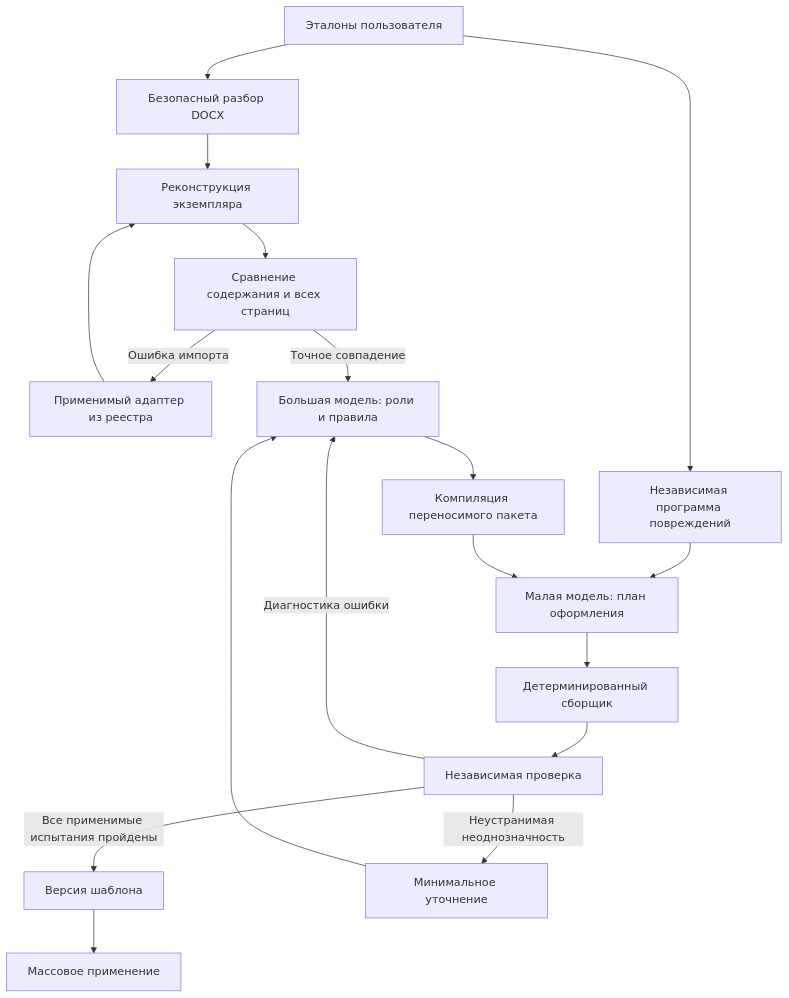
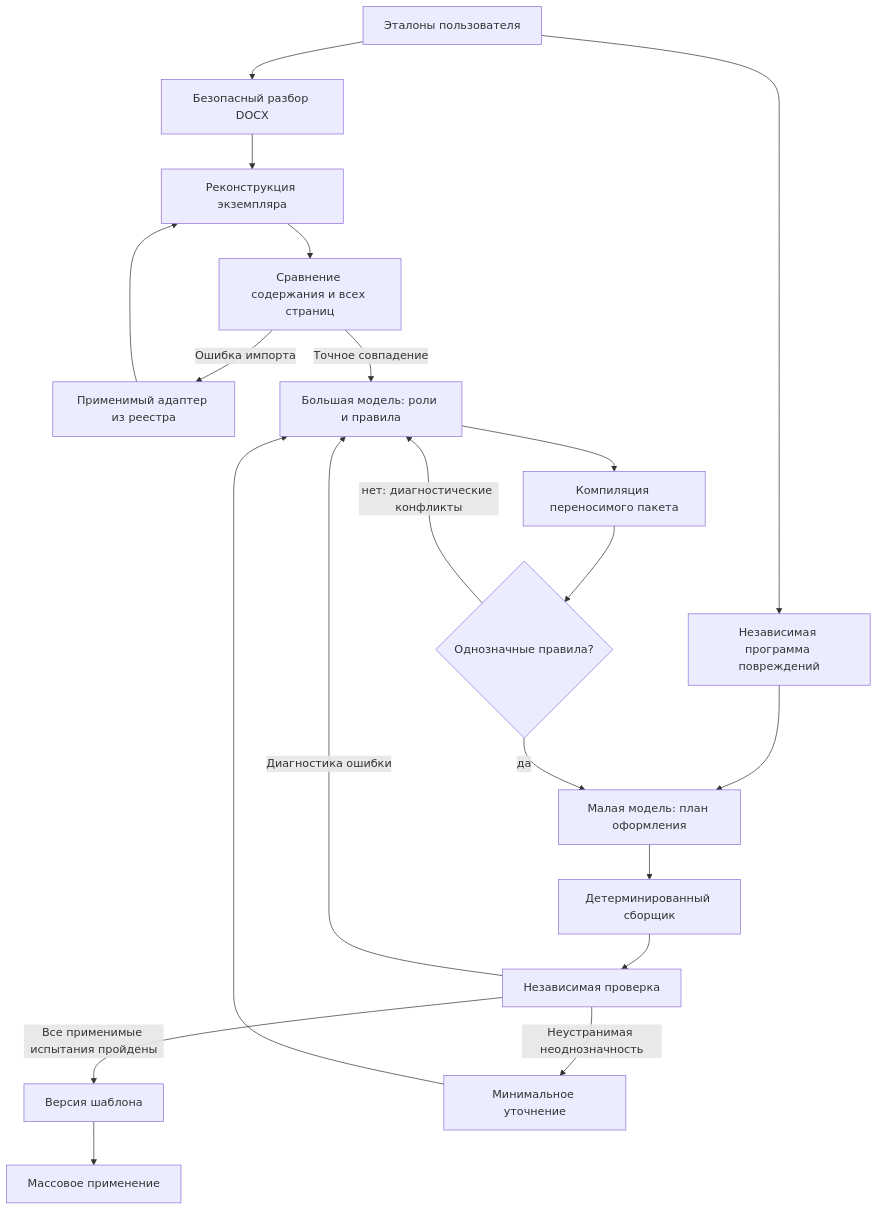
One commit to timuroid/articleflow changed the diagram in docs/tech/autonomous-agent-028.md. Above: the diagram before and after it, drawn with Mermaid. The commit also changed other lines of this file and 53 other files, not shown here.

````diff
--- a/docs/tech/autonomous-agent-028.md
+++ b/docs/tech/autonomous-agent-028.md
@@ -10,20 +10,22 @@
 ```mermaid
 flowchart TD
     U[Эталоны пользователя] --> P[Безопасный разбор DOCX]
     P --> R[Реконструкция экземпляра]
     R --> E[Сравнение содержания и всех страниц]
     E -->|Ошибка импорта| A[Применимый адаптер из реестра]
     A --> R
     E -->|Точное совпадение| T[Большая модель: роли и правила]
     T --> C[Компиляция переносимого пакета]
     U --> M[Независимая программа повреждений]
     M --> S[Малая модель: план оформления]
-    C --> S
+    C --> X{Однозначные правила?}
+    X -->|нет: диагностические конфликты| T
+    X -->|да| S
     S --> D[Детерминированный сборщик]
     D --> V[Независимая проверка]
     V -->|Диагностика ошибки| T
     V -->|Все применимые испытания пройдены| F[Версия шаблона]
     F --> B[Массовое применение]
     V -->|Неустранимая неоднозначность| Q[Минимальное уточнение]
     Q --> T
 ```
````
